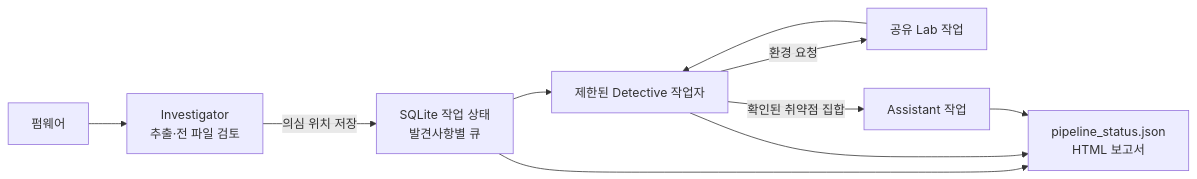
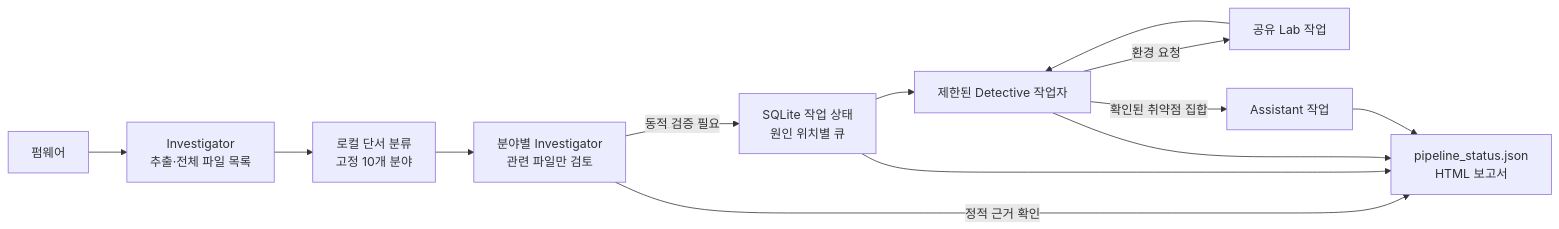
Before and after one commit to gl4sss/FBI: the diagram in coordinator/README.md, drawn with Mermaid. The commit also changed other lines of this file and 25 other files, not shown here.

````diff
--- a/coordinator/README.md
+++ b/coordinator/README.md
@@ -5,12 +5,15 @@
 ```mermaid
 flowchart LR
-    FW["펌웨어"] --> INV["Investigator<br/>추출·전 파일 검토"]
-    INV -->|"의심 위치 저장"| Q["SQLite 작업 상태<br/>발견사항별 큐"]
+    FW["펌웨어"] --> INV["Investigator<br/>추출·전체 파일 목록"]
+    INV --> ROUTE["로컬 단서 분류<br/>고정 10개 분야"]
+    ROUTE --> SPEC["분야별 Investigator<br/>관련 파일만 검토"]
+    SPEC -->|"정적 근거 확인"| STATUS
+    SPEC -->|"동적 검증 필요"| Q["SQLite 작업 상태<br/>원인 위치별 큐"]
     Q --> DET["제한된 Detective 작업자"]
     DET -->|"환경 요청"| LAB["공유 Lab 작업"]
     DET -->|"확인된 취약점 집합"| AST["Assistant 작업"]
     LAB --> DET
     Q --> STATUS["pipeline_status.json<br/>HTML 보고서"]
     DET --> STATUS
     AST --> STATUS
 ```
````
